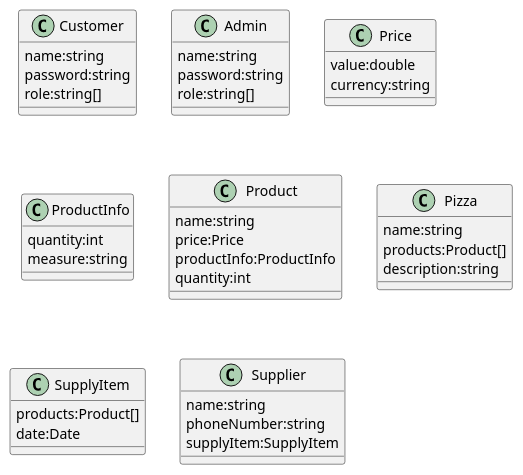
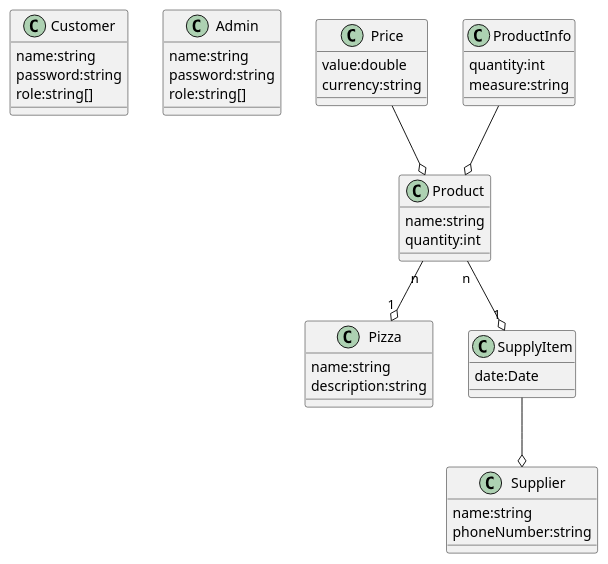
Before and after one commit to Nee1L/pizzashop: the diagram in BOM.puml, drawn with PlantUML.

Commit message:
[XXX] BOM aggregations

```diff
--- a/BOM.puml
+++ b/BOM.puml
@@ -1,42 +1,42 @@
 @startuml
 'https://plantuml.com/class-diagram
 
 class Customer{
 name:string
 password:string
 role:string[]
 }
 class Admin{
 name:string
 password:string
 role:string[]
 }
 class Price{
 value:double
 currency:string
 }
 class ProductInfo{
 quantity:int
 measure:string
 }
 class Product{
 name:string
-price:Price
-productInfo:ProductInfo
 quantity:int
 }
 class Pizza{
 name:string
-products:Product[]
 description:string
 }
 class SupplyItem{
-products:Product[]
 date:Date
 }
 class Supplier{
 name:string
 phoneNumber:string
-supplyItem:SupplyItem
 }
+Product "n"--o "1" Pizza
+ProductInfo --o Product
+Price --o Product
+SupplyItem --o Supplier
+Product "n"--o "1" SupplyItem
 @enduml
```
